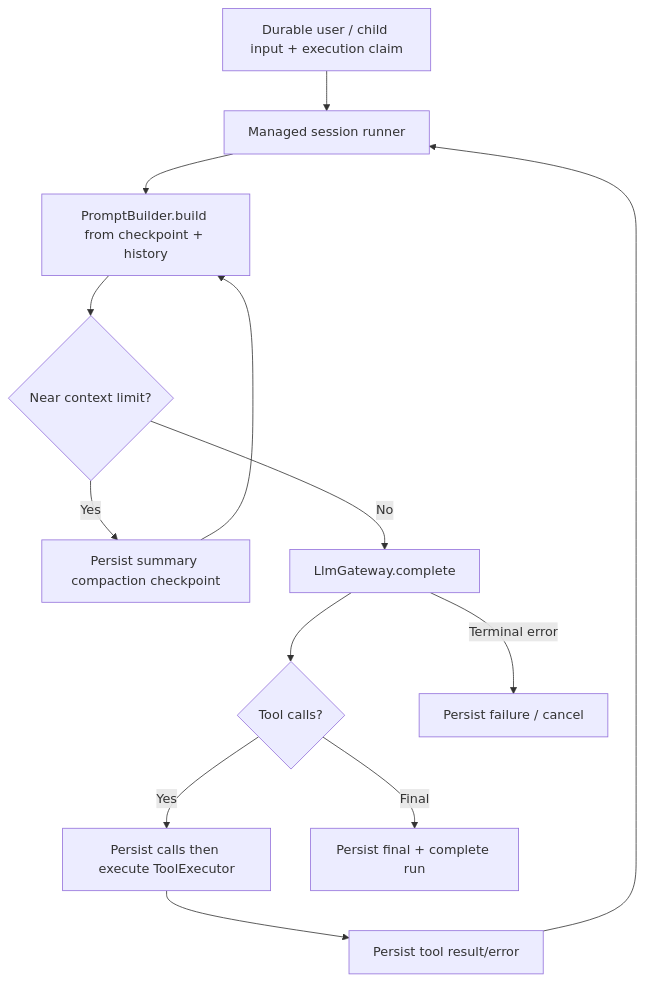
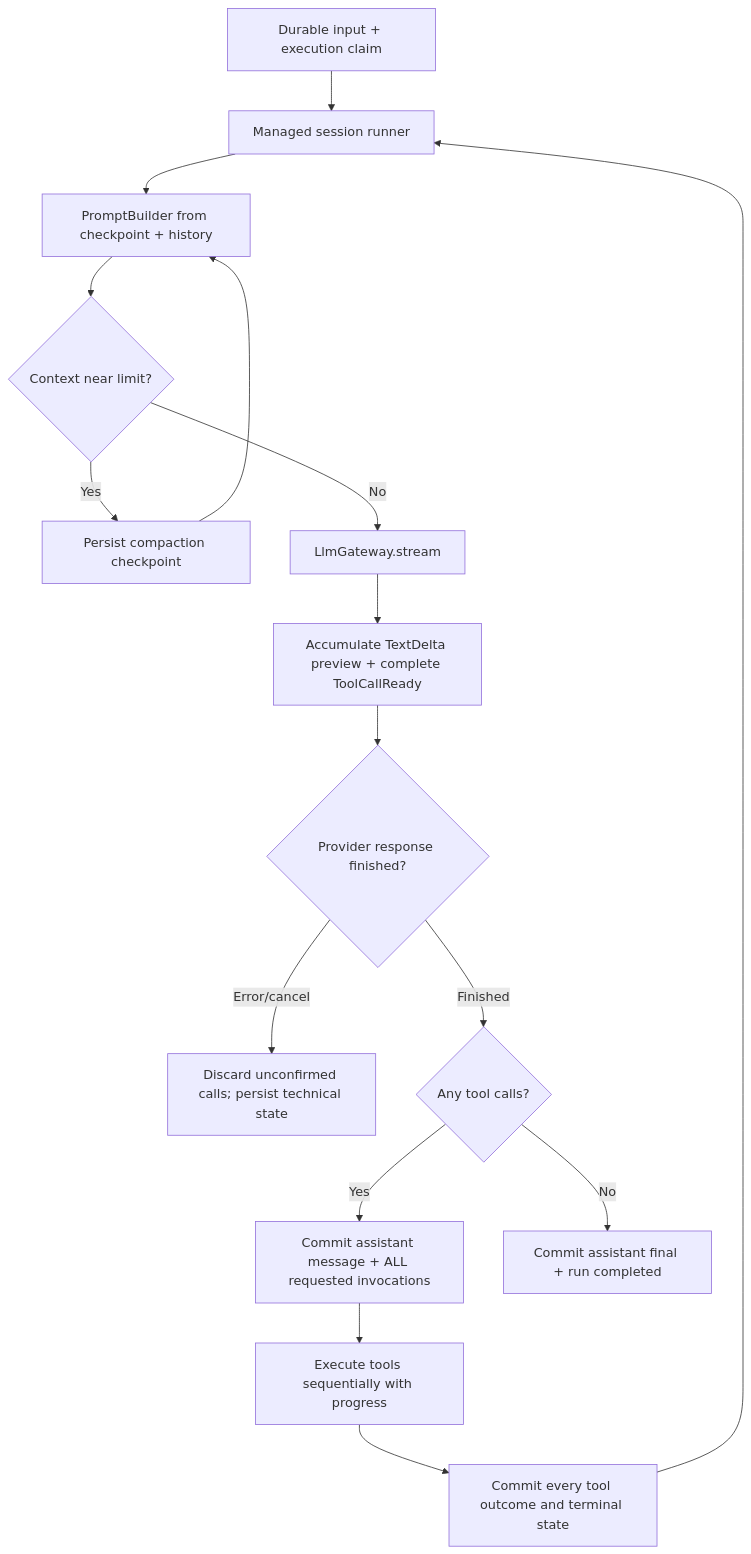
The diagram in docs/08-runtime-llm.md (hailp-vn38/orchestrator_agent_rs), drawn with Mermaid before and after one commit. The commit also changed other lines of this file and 17 other files, not shown here.

````diff
--- a/docs/08-runtime-llm.md
+++ b/docs/08-runtime-llm.md
@@ -5,15 +5,18 @@
 ```mermaid
 flowchart TD
-    A[Durable user / child input + execution claim] --> B[Managed session runner]
-    B --> C[PromptBuilder.build from checkpoint + history]
-    C --> D{Near context limit?}
-    D -->|Yes| E[Persist summary compaction checkpoint]
+    A[Durable input + execution claim] --> B[Managed session runner]
+    B --> C[PromptBuilder from checkpoint + history]
+    C --> D{Context near limit?}
+    D -->|Yes| E[Persist compaction checkpoint]
     E --> C
-    D -->|No| F[LlmGateway.complete]
-    F --> G{Tool calls?}
-    G -->|Yes| H[Persist calls then execute ToolExecutor]
-    H --> I[Persist tool result/error]
-    I --> B
-    G -->|Final| J[Persist final + complete run]
-    F -->|Terminal error| K[Persist failure / cancel]
+    D -->|No| F[LlmGateway.stream]
+    F --> G[Accumulate TextDelta preview + complete ToolCallReady]
+    G --> H{Provider response finished?}
+    H -->|Error/cancel| I[Discard unconfirmed calls; persist technical state]
+    H -->|Finished| J{Any tool calls?}
+    J -->|Yes| K[Commit assistant message + ALL requested invocations]
+    K --> L[Execute tools sequentially with progress]
+    L --> M[Commit every tool outcome and terminal state]
+    M --> B
+    J -->|No| N[Commit assistant final + run completed]
 ```
````
